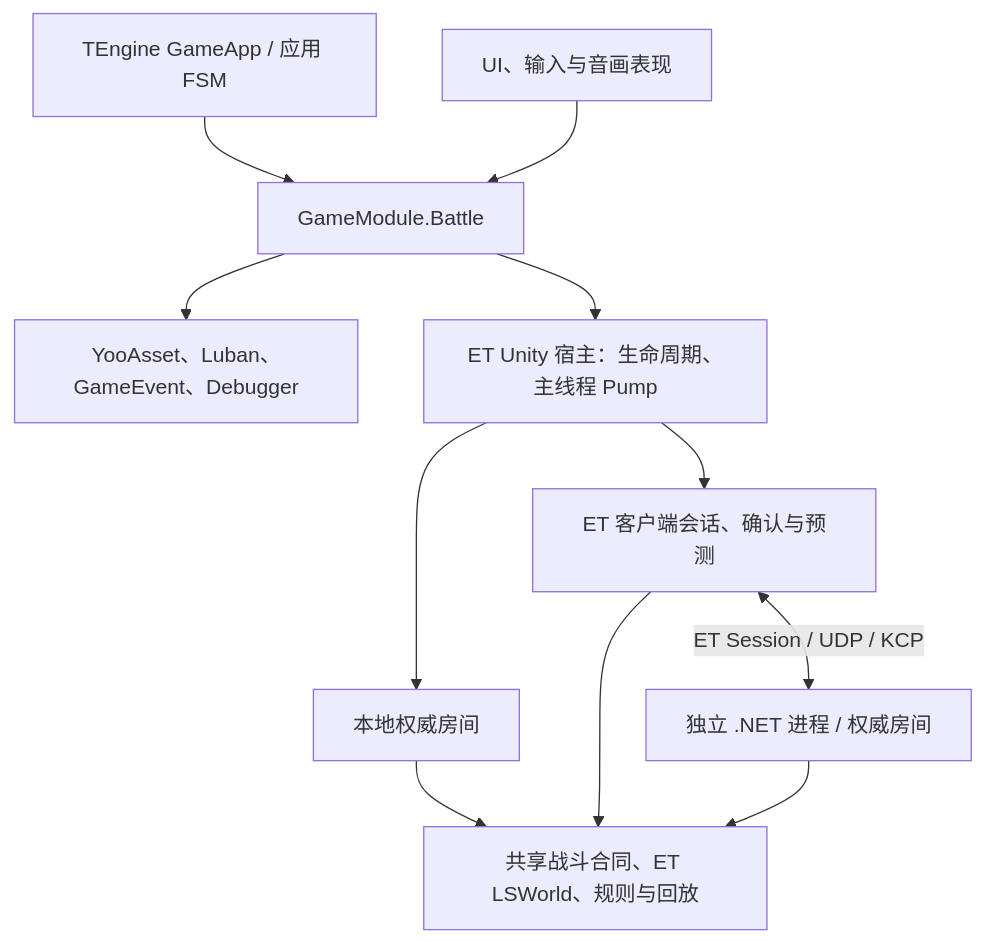
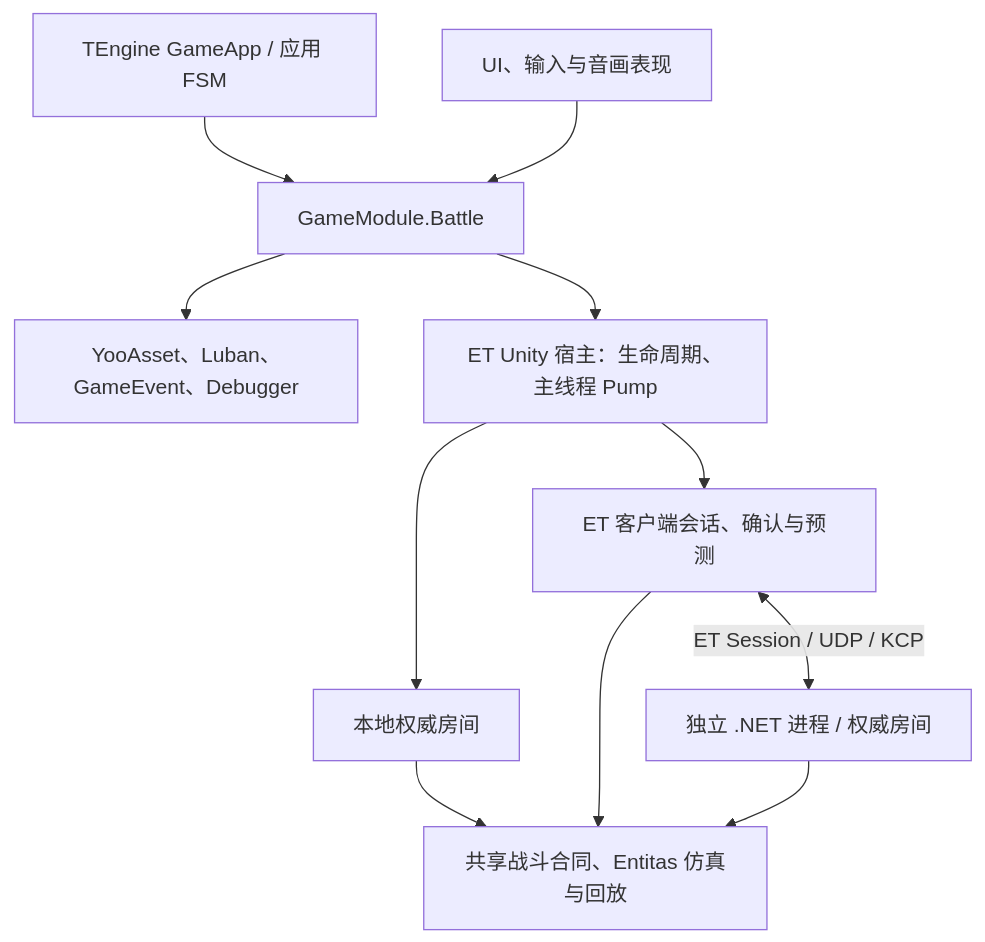
The diagram in UnityProject/Docx/架构设计/Project_B-ET10适配TEngine项目模块实施方案.md (ShirayukiHimekiko/Roguelike), drawn with Mermaid before and after one commit. The commit also changed other lines of this file and 4 other files, not shown here.

````diff
--- a/UnityProject/Docx/架构设计/Project_B-ET10适配TEngine项目模块实施方案.md
+++ b/UnityProject/Docx/架构设计/Project_B-ET10适配TEngine项目模块实施方案.md
@@ -21,13 +21,13 @@
 ```mermaid
 flowchart TD
     APP["TEngine GameApp / 应用 FSM"] --> B["GameModule.Battle"]
     UI["UI、输入与音画表现"] --> B
     B --> RES["YooAsset、Luban、GameEvent、Debugger"]
     B --> HOST["ET Unity 宿主：生命周期、主线程 Pump"]
     HOST --> LOCAL["本地权威房间"]
     HOST --> CLIENT["ET 客户端会话、确认与预测"]
     CLIENT <-->|"ET Session / UDP / KCP"| SERVER["独立 .NET 进程 / 权威房间"]
-    LOCAL --> SIM["共享战斗合同、ET LSWorld、规则与回放"]
+    LOCAL --> SIM["共享战斗合同、Entitas 仿真与回放"]
     CLIENT --> SIM
     SERVER --> SIM
 ```
````
